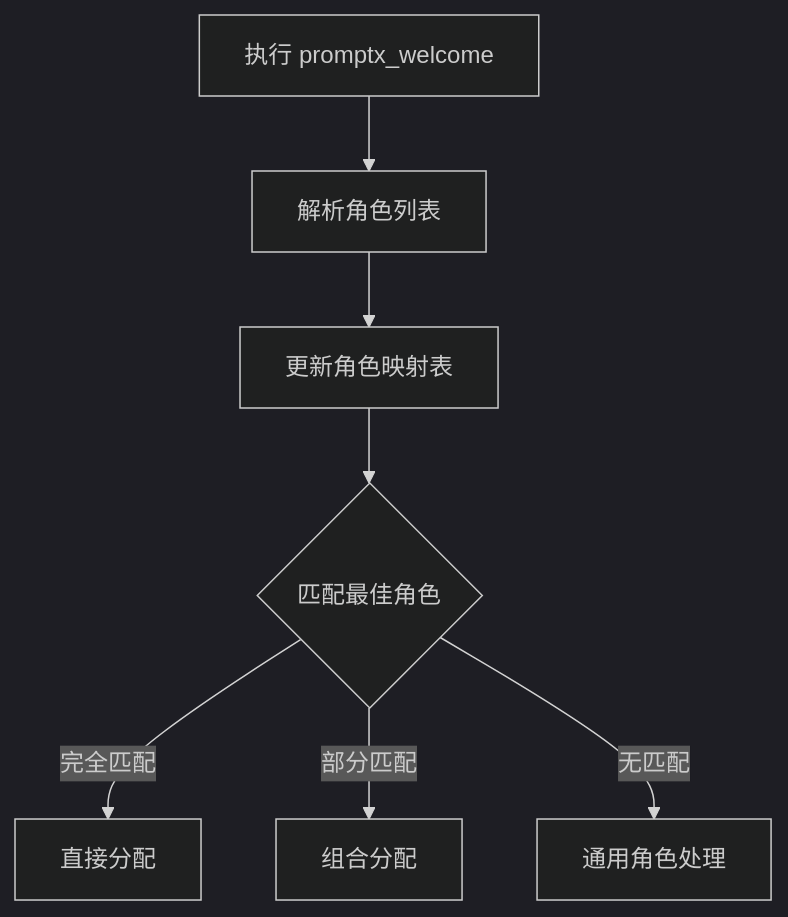
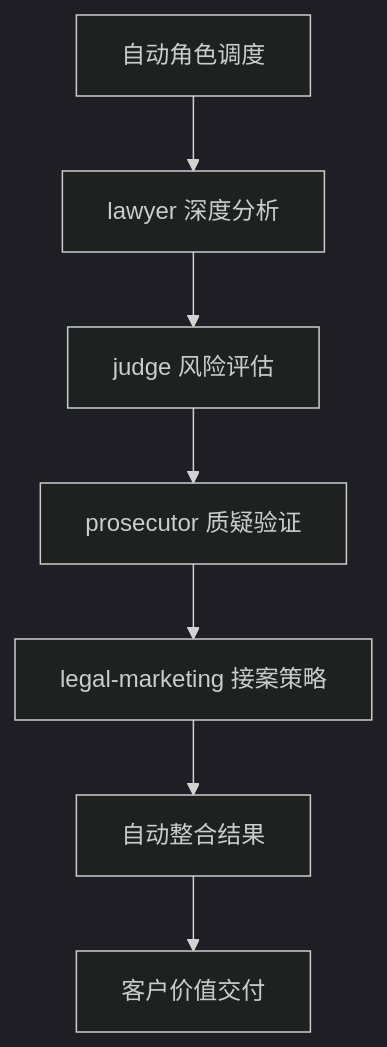
One commit to jiangxia/.promptx changed the third of 3 diagrams in resource/role/legal-team-leader/execution/legal-team-coordination.execution.md. Above: the diagram before and after it, drawn with Mermaid (dark theme). The commit also changed other lines of this file and 4 other files, not shown here.

````diff
--- a/resource/role/legal-team-leader/execution/legal-team-coordination.execution.md
+++ b/resource/role/legal-team-leader/execution/legal-team-coordination.execution.md
@@ -81,9 +80,9 @@
     ```mermaid
     flowchart TD
-        A[执行 promptx_welcome] --> B[解析角色列表]
-        B --> C[更新角色映射表]
-        C --> D{匹配最佳角色}
-        D -->|完全匹配| E[直接分配]
-        D -->|部分匹配| F[组合分配]
-        D -->|无匹配| G[通用角色处理]
+        A[自动角色调度] --> B[lawyer 深度分析]
+        B --> C[judge 风险评估]
+        C --> D[prosecutor 质疑验证]
+        D --> E[legal-marketing 接案策略]
+        E --> F[自动整合结果]
+        F --> G[客户价值交付]
     ```
````
